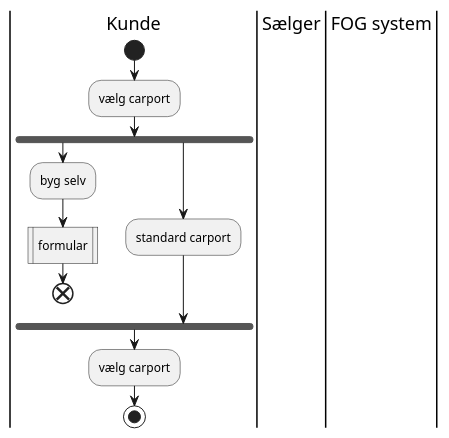
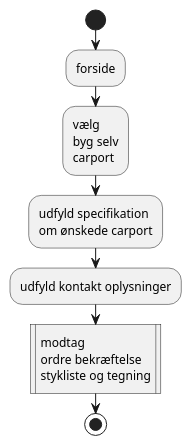
The diagram in src/main/resources/diagrams/Activitydiagram/TO BE FOG.puml (RodneyMuyanga/2.-semesterprojekt-FOG), drawn with PlantUML before and after one commit. The commit also changed 3 other files, not shown here.

Commit message:
Updateret aktivitets diagram.

```diff
--- a/src/main/resources/diagrams/Activitydiagram/TO BE FOG.puml
+++ b/src/main/resources/diagrams/Activitydiagram/TO BE FOG.puml
@@ -1,19 +1,16 @@
 @startuml
 |Kunde|
 start
-:vælg carport;
-fork
-    :byg selv;
-    :formular|
-    end
-fork again
-    :standard carport;
-endfork
-:vælg carport;
-
+    :forside;
+    :vælg
+    byg selv
+    carport;
+    :udfyld specifikation
+    om ønskede carport;
+    :udfyld kontakt oplysninger;
+    :modtag
+    ordre bekræftelse
+    stykliste og tegning|
 stop
-|Sælger|
-
-|FOG system|
 
 @enduml
```
